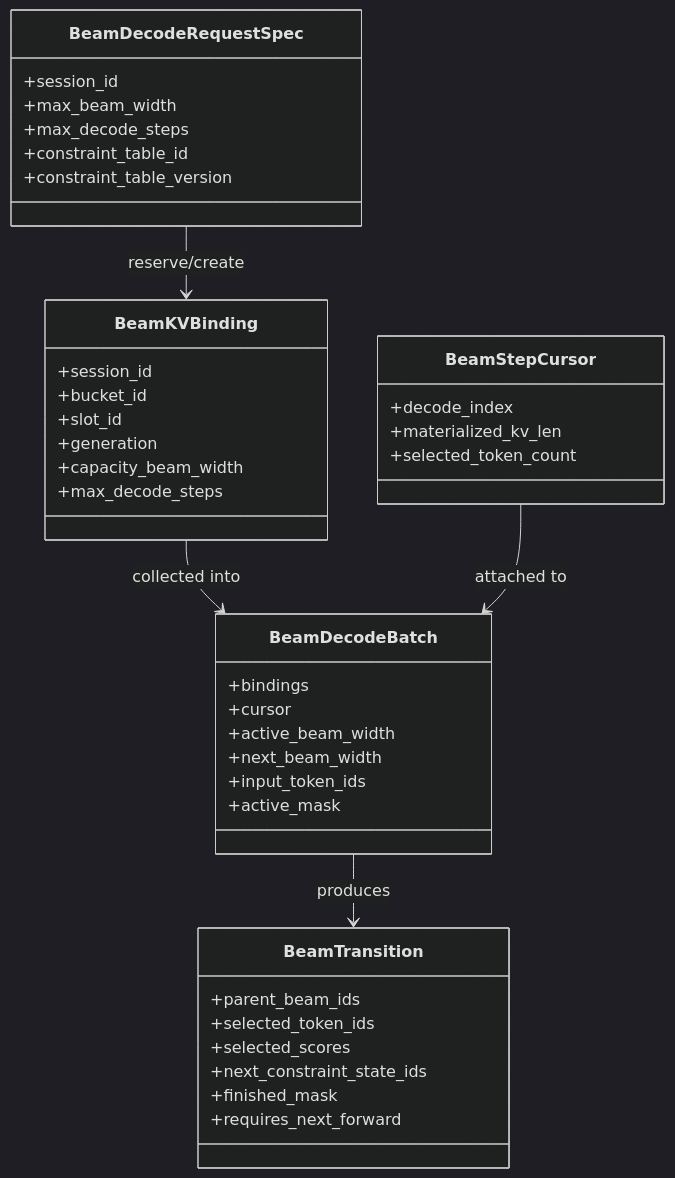
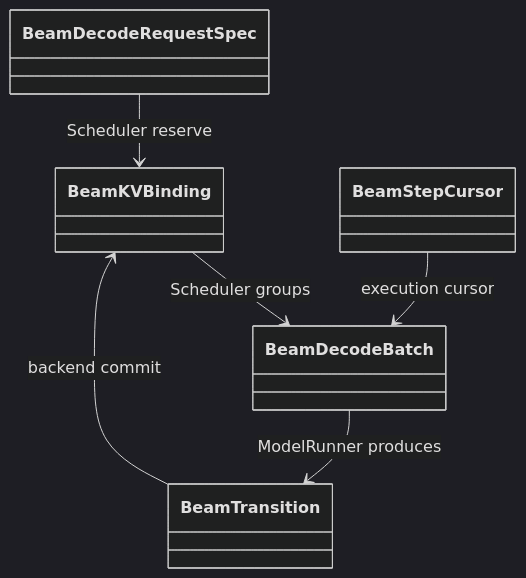
Before and after one commit to zhanghanleo10/gr-related: the third of 13 diagrams in GR/beam_incremental_decode_unified_architecture_design.md, drawn with Mermaid (dark theme). The commit also changed other lines of this file, not shown here.

Commit message:
docs: make Beam incremental decode architecture vLLM-first

````diff
--- a/GR/beam_incremental_decode_unified_architecture_design.md
+++ b/GR/beam_incremental_decode_unified_architecture_design.md
@@ -474,48 +321,14 @@
 ```mermaid
 classDiagram
-    class BeamDecodeRequestSpec {
-        +session_id
-        +max_beam_width
-        +max_decode_steps
-        +constraint_table_id
-        +constraint_table_version
-    }
+    class BeamDecodeRequestSpec
+    class BeamKVBinding
+    class BeamStepCursor
+    class BeamDecodeBatch
+    class BeamTransition
 
-    class BeamKVBinding {
-        +session_id
-        +bucket_id
-        +slot_id
-        +generation
-        +capacity_beam_width
-        +max_decode_steps
-    }
-
-    class BeamStepCursor {
-        +decode_index
-        +materialized_kv_len
-        +selected_token_count
-    }
-
-    class BeamDecodeBatch {
-        +bindings
-        +cursor
-        +active_beam_width
-        +next_beam_width
-        +input_token_ids
-        +active_mask
-    }
-
-    class BeamTransition {
-        +parent_beam_ids
-        +selected_token_ids
-        +selected_scores
-        +next_constraint_state_ids
-        +finished_mask
-        +requires_next_forward
-    }
-
-    BeamDecodeRequestSpec --> BeamKVBinding : reserve/create
-    BeamKVBinding --> BeamDecodeBatch : collected into
-    BeamStepCursor --> BeamDecodeBatch : attached to
-    BeamDecodeBatch --> BeamTransition : produces
+    BeamDecodeRequestSpec --> BeamKVBinding : Scheduler reserve
+    BeamKVBinding --> BeamDecodeBatch : Scheduler groups
+    BeamStepCursor --> BeamDecodeBatch : execution cursor
+    BeamDecodeBatch --> BeamTransition : ModelRunner produces
+    BeamTransition --> BeamKVBinding : backend commit
 ```
````
